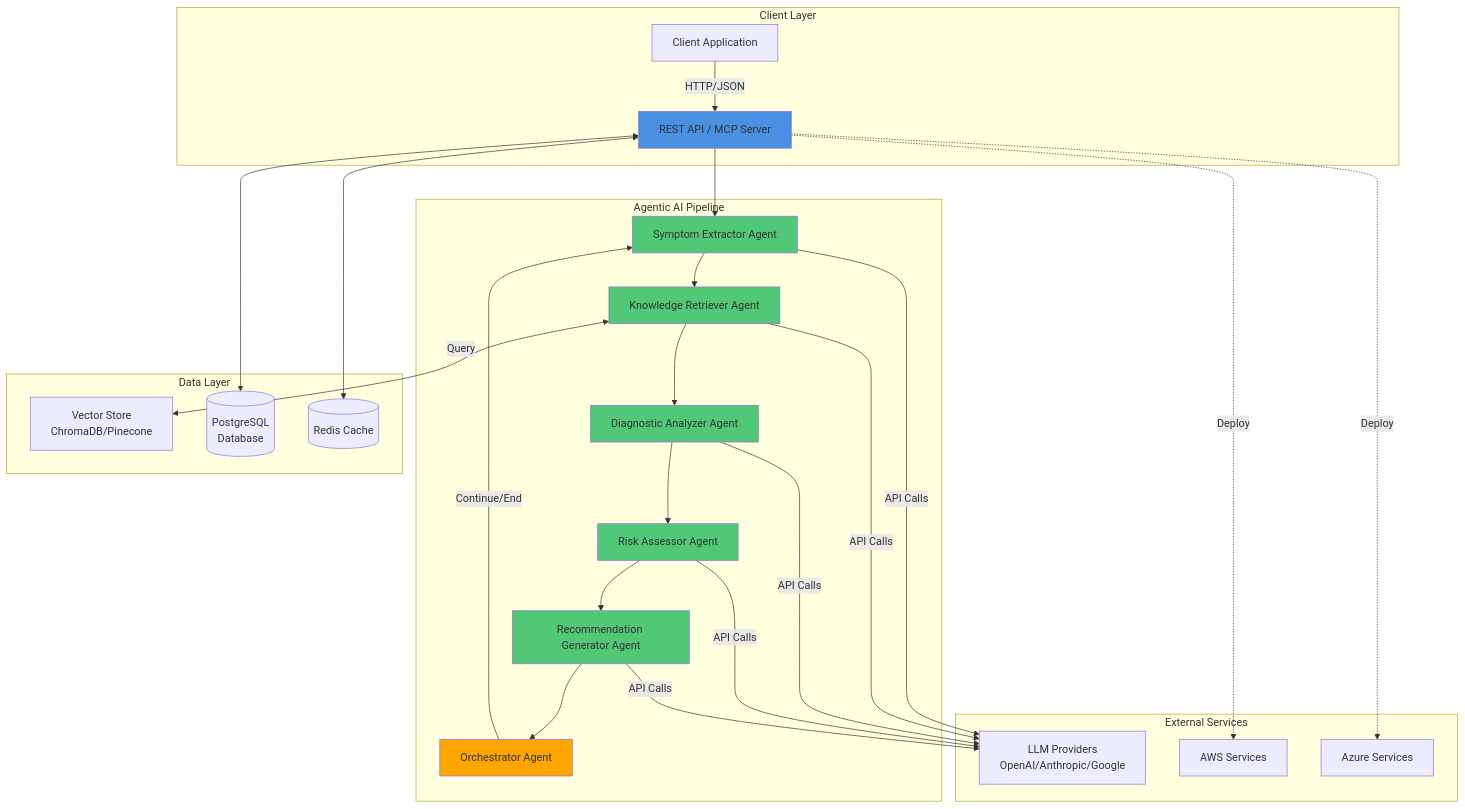
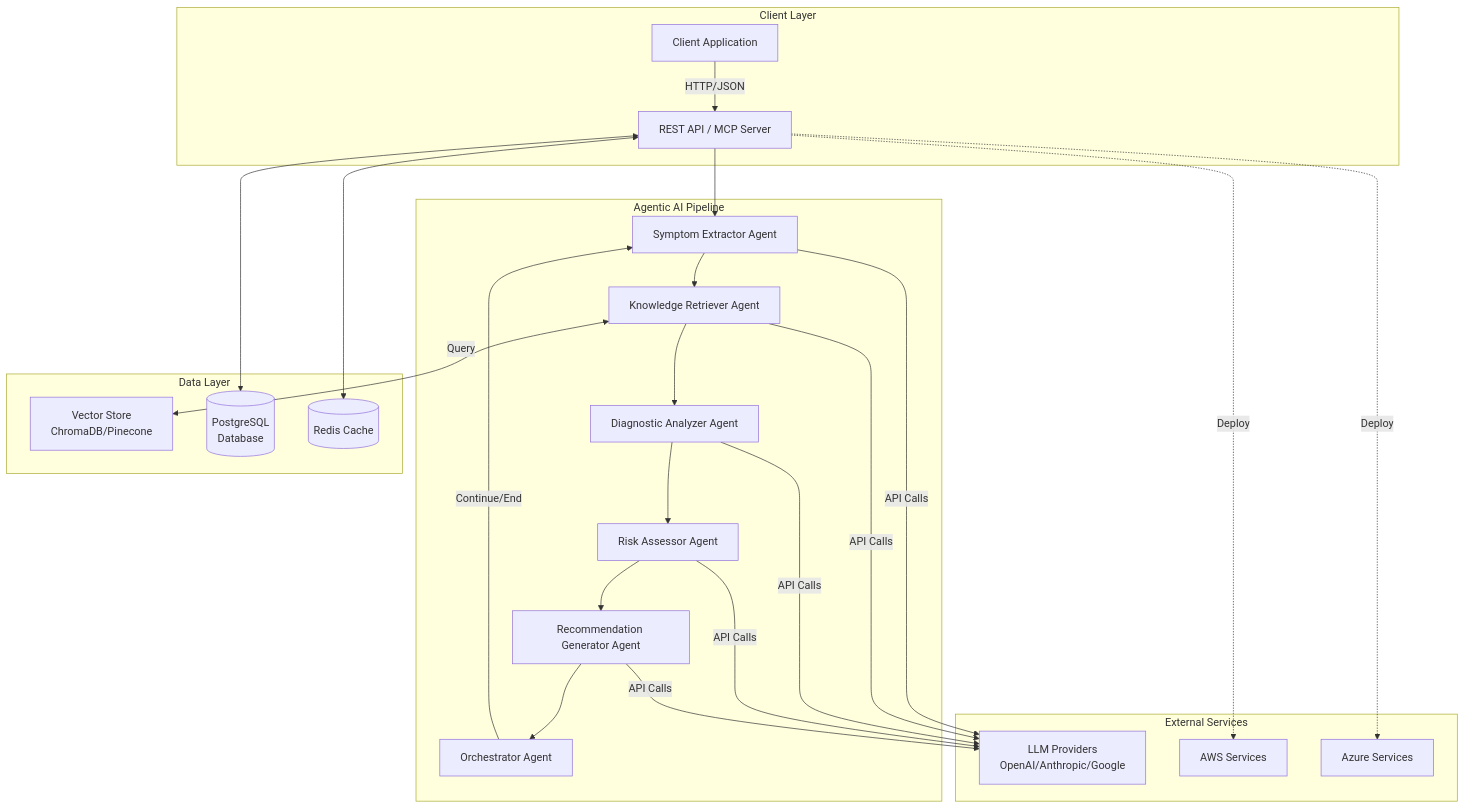
One commit to hoangsonww/SymptomSync-Health-App changed the first of 5 diagrams in agentic_ai/README.md. Above: the diagram before and after it, drawn with Mermaid. The commit also changed other lines of this file, not shown here.

Commit message:
remove styles mermaid

````diff
--- a/agentic_ai/README.md
+++ b/agentic_ai/README.md
@@ -25,53 +25,45 @@
 ```mermaid
 graph TB
     subgraph "Client Layer"
         Client[Client Application]
         API[REST API / MCP Server]
     end
 
     subgraph "Agentic AI Pipeline"
         SE[Symptom Extractor Agent]
         KR[Knowledge Retriever Agent]
         DA[Diagnostic Analyzer Agent]
         RA[Risk Assessor Agent]
         RG[Recommendation Generator Agent]
         ORC[Orchestrator Agent]
     end
 
     subgraph "Data Layer"
         VS[Vector Store<br/>ChromaDB/Pinecone]
         DB[(PostgreSQL<br/>Database)]
         Cache[(Redis Cache)]
     end
 
     subgraph "External Services"
         LLM[LLM Providers<br/>OpenAI/Anthropic/Google]
         AWS[AWS Services]
         Azure[Azure Services]
     end
 
     Client -->|HTTP/JSON| API
     API --> SE
     SE --> KR
     KR --> DA
     DA --> RA
     RA --> RG
     RG --> ORC
     ORC -->|Continue/End| SE
 
     KR <-->|Query| VS
     API <--> DB
     API <--> Cache
     SE & KR & DA & RA & RG -->|API Calls| LLM
 
     API -.->|Deploy| AWS
     API -.->|Deploy| Azure
-
-    style API fill:#4a90e2
-    style SE fill:#50c878
-    style KR fill:#50c878
-    style DA fill:#50c878
-    style RA fill:#50c878
-    style RG fill:#50c878
-    style ORC fill:#ffa500
 ```
````
